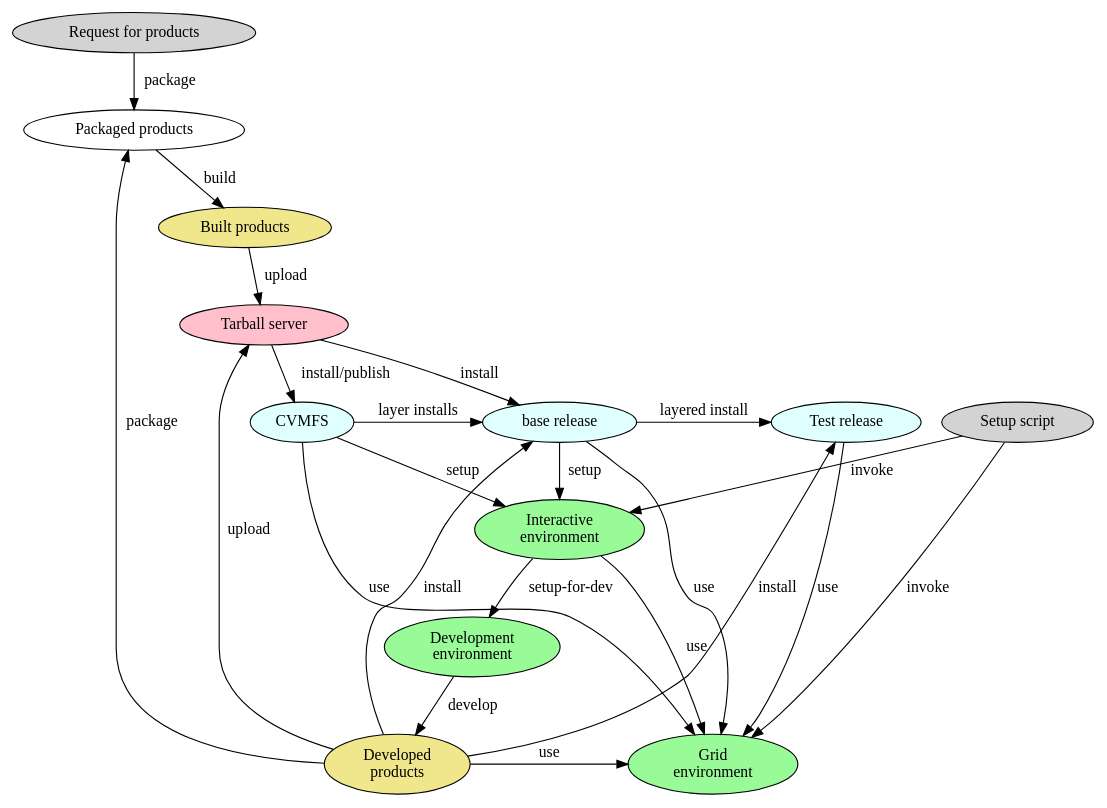
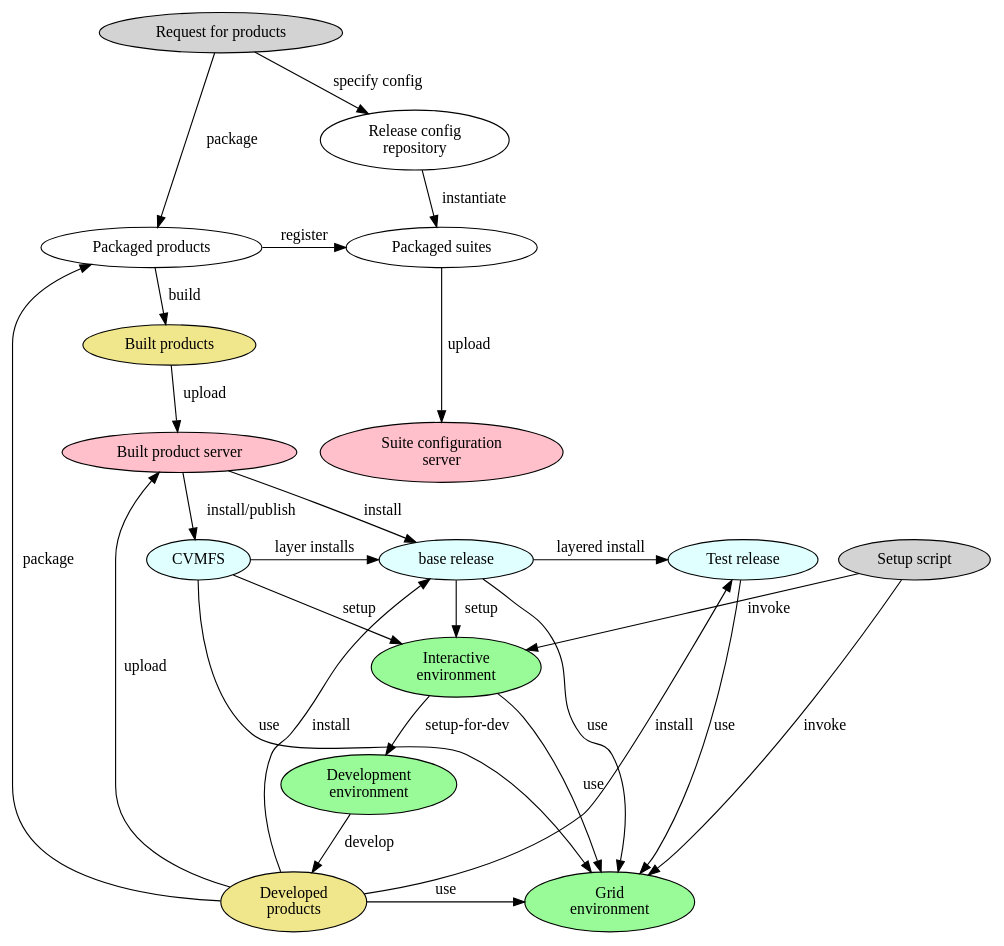
The diagram in spack.gv (marcpaterno/spack_retreat), drawn with Graphviz before and after one commit. The commit also changed other lines of this file and 1 other file, not shown here.

```diff
--- a/spack.gv
+++ b/spack.gv
@@ -1,41 +1,54 @@
 digraph test {
   
   request [label="Request for products", style=filled, fillcolor=lightgray]
   package [label="Packaged products"]
-  scisoft [label="Tarball server", style=filled, fillcolor=pink]
+  scisoft [label="Built product server", style=filled, fillcolor=pink]
+  config_server [label="Suite configuration\nserver", style=filled, fillcolor=pink]
   build [label="Built products", style=filled, fillcolor=khaki]
+  packaged_suites [label="Packaged suites"]
+  release_config [label="Release config\nrepository"]
   developed [label="Developed\nproducts", style=filled, fillcolor=khaki]
   local_install [label="base release", style=filled, fillcolor=lightcyan]
   test_release [label="Test release", style=filled, fillcolor=lightcyan]
   CVMFS [style=filled, fillcolor=lightcyan]
   interactive [label="Interactive\nenvironment", style=filled, fillcolor=palegreen]
   grid [label="Grid\nenvironment", style=filled, fillcolor=palegreen]
   development [label="Development\nenvironment", style=filled, fillcolor=palegreen]
   setup [label="Setup script", style=filled, fillcolor=lightgray]
 
   { rank = same; developed; grid }
+  { rank = same; packaged_suites; package }
   { rank = same; test_release; local_install; CVMFS }
+  { rank = same; config_server; scisoft}
 
   request -> package [label=" package"]
+  request -> release_config [label="specify config"]
+  
+  release_config -> packaged_suites [label = "instantiate"]
+  
   package -> build [label=" build"]
+  package -> packaged_suites [label="register"]
+  
+  packaged_suites -> config_server [label="upload"]
+  
   build -> scisoft [label=" upload"]
   scisoft -> CVMFS [label=" install/publish"]
   scisoft -> local_install [label="install"]
   local_install -> interactive [label=" setup"]
   local_install -> test_release[label="layered install"]
   CVMFS -> interactive [label=" setup"]
   CVMFS -> local_install [label="layer installs "]
   local_install -> grid [label=" use"]
   test_release -> grid [label="use"]
   CVMFS -> grid [label=" use"]
   interactive -> development [label=" setup-for-dev"]
   interactive -> grid [label="use"]
   setup -> interactive [label=" invoke"]
   setup -> grid [label=" invoke"]
   development -> developed [label=" develop"]
   developed -> local_install [label=" install"]
   developed -> grid [label="use"]
   developed -> scisoft [label=" upload"]
   developed -> package [label=" package"]
   developed -> test_release [label="install"]
 }
```
